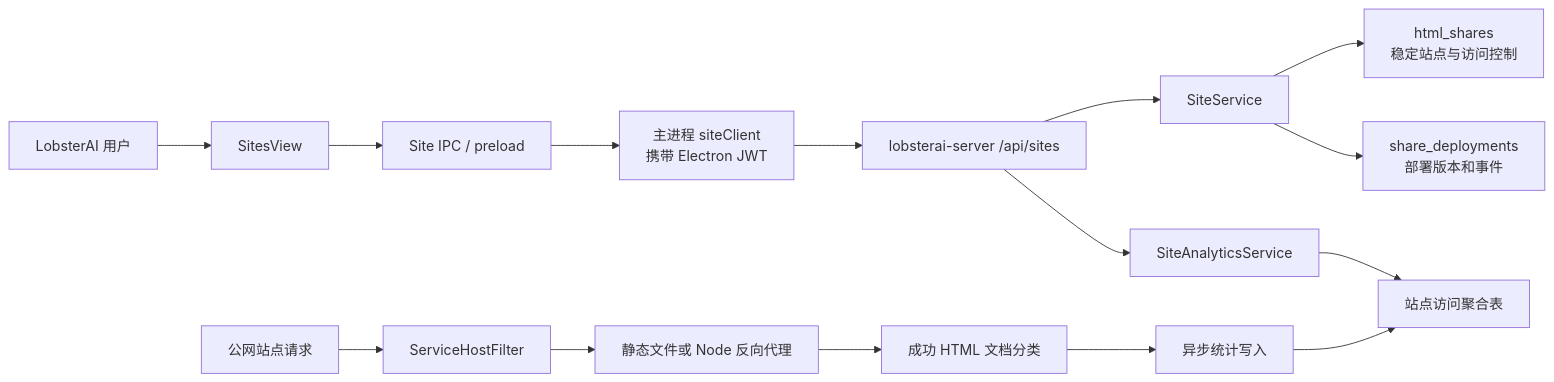
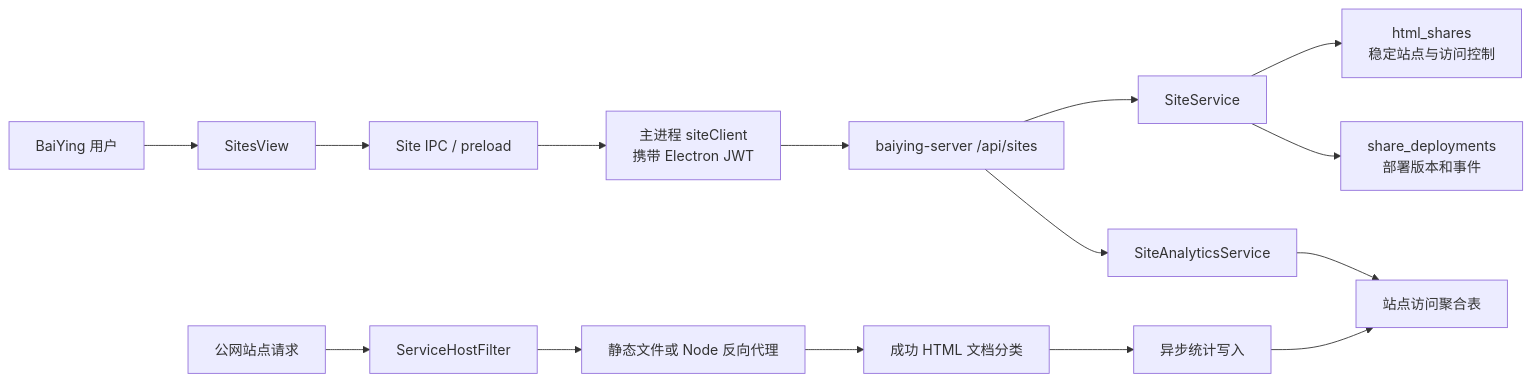
Before and after one commit to Kin-10/NEXUS: the diagram in specs/features/sites/2026-07-21-sites-management-analytics-design.md, drawn with Mermaid. The commit also changed other lines of this file and 548 other files, not shown here.

````diff
--- a/specs/features/sites/2026-07-21-sites-management-analytics-design.md
+++ b/specs/features/sites/2026-07-21-sites-management-analytics-design.md
@@ -504,20 +504,20 @@
 ```mermaid
 flowchart LR
-  U["LobsterAI 用户"] --> V["SitesView"]
+  U["BaiYing 用户"] --> V["SitesView"]
   V --> IPC["Site IPC / preload"]
   IPC --> MC["主进程 siteClient\n携带 Electron JWT"]
-  MC --> API["lobsterai-server /api/sites"]
+  MC --> API["baiying-server /api/sites"]
 
   API --> SS["SiteService"]
   SS --> HS["html_shares\n稳定站点与访问控制"]
   SS --> SD["share_deployments\n部署版本和事件"]
   API --> AS["SiteAnalyticsService"]
   AS --> AD["站点访问聚合表"]
 
   H["公网站点请求"] --> F["ServiceHostFilter"]
   F --> P["静态文件或 Node 反向代理"]
   P --> C["成功 HTML 文档分类"]
   C --> Q["异步统计写入"]
   Q --> AD
 
 ```
````
